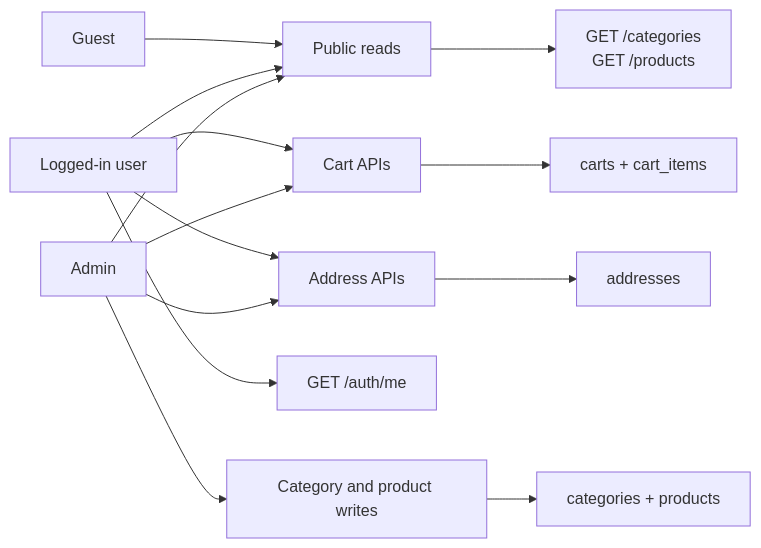
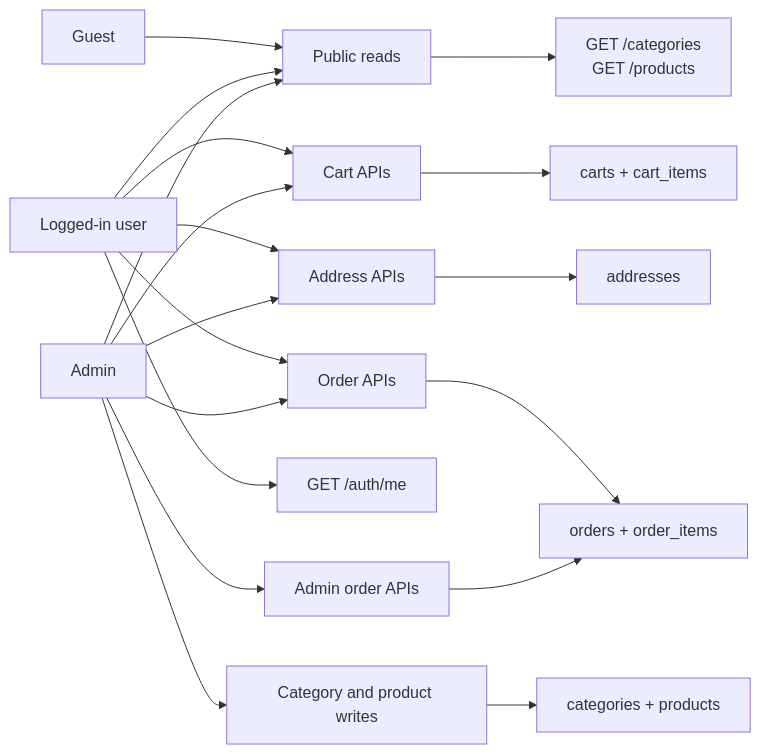
One commit to mahdi-code007/ecommerce-api-typescript changed the sixth of 6 diagrams in README.md. Above: the diagram before and after it, drawn with Mermaid. The commit also changed other lines of this file and 14 other files, not shown here.

First line of the commit message:
feat: add COD checkout and order status flow

````diff
--- a/README.md
+++ b/README.md
@@ -441,17 +492,22 @@
 ```mermaid
 flowchart LR
   Guest["Guest"] --> Public["Public reads"]
   User["Logged-in user"] --> Public
   User --> CartAPI["Cart APIs"]
   User --> AddressAPI["Address APIs"]
+  User --> OrderAPI["Order APIs"]
   User --> Me["GET /auth/me"]
   Admin["Admin"] --> Public
   Admin --> CartAPI
   Admin --> AddressAPI
+  Admin --> OrderAPI
+  Admin --> AdminOrders["Admin order APIs"]
   Admin --> Writes["Category and product writes"]
 
   Public --> Catalog["GET /categories<br/>GET /products"]
   CartAPI --> CartTables["carts + cart_items"]
   AddressAPI --> AddressTable["addresses"]
+  OrderAPI --> OrderTables["orders + order_items"]
+  AdminOrders --> OrderTables
   Writes --> CatalogTables["categories + products"]
 ```
````
